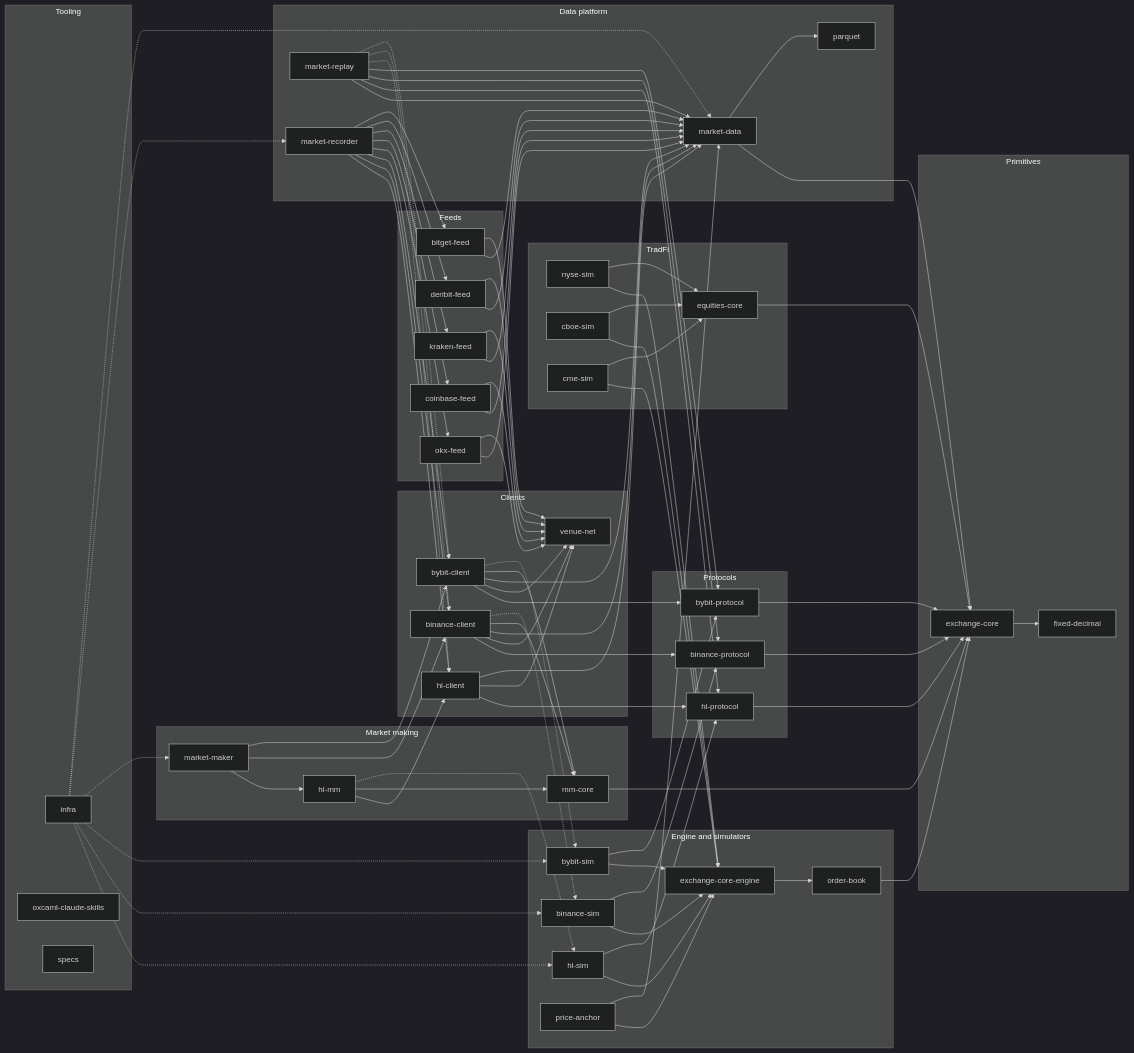
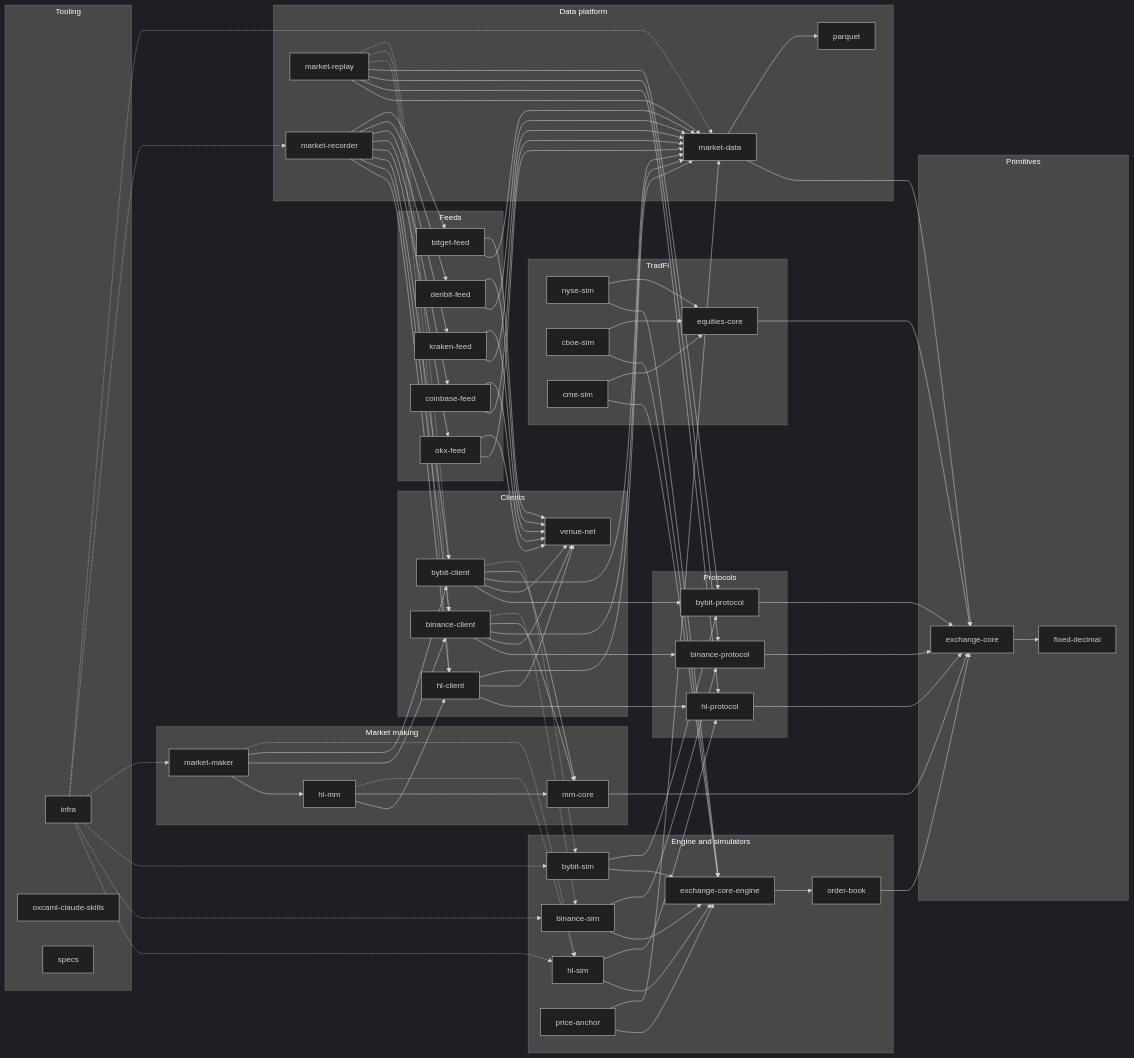
Before and after one commit to winterchill-trading/specs: the first of 2 diagrams in overview.md, drawn with Mermaid (dark theme). The commit also changed 3 other files, not shown here.

Commit message:
docs: market-maker signs Hyperliquid orders; roadmap item done

```diff
--- a/overview.md
+++ b/overview.md
@@ -168,6 +168,7 @@
   market_replay --> bybit_protocol
 
   hl_mm -.-> hl_sim
+  market_maker -.-> hl_sim
   binance_client -.-> binance_sim
   bybit_client -.-> bybit_sim
   market_replay -.-> hl_client
```
